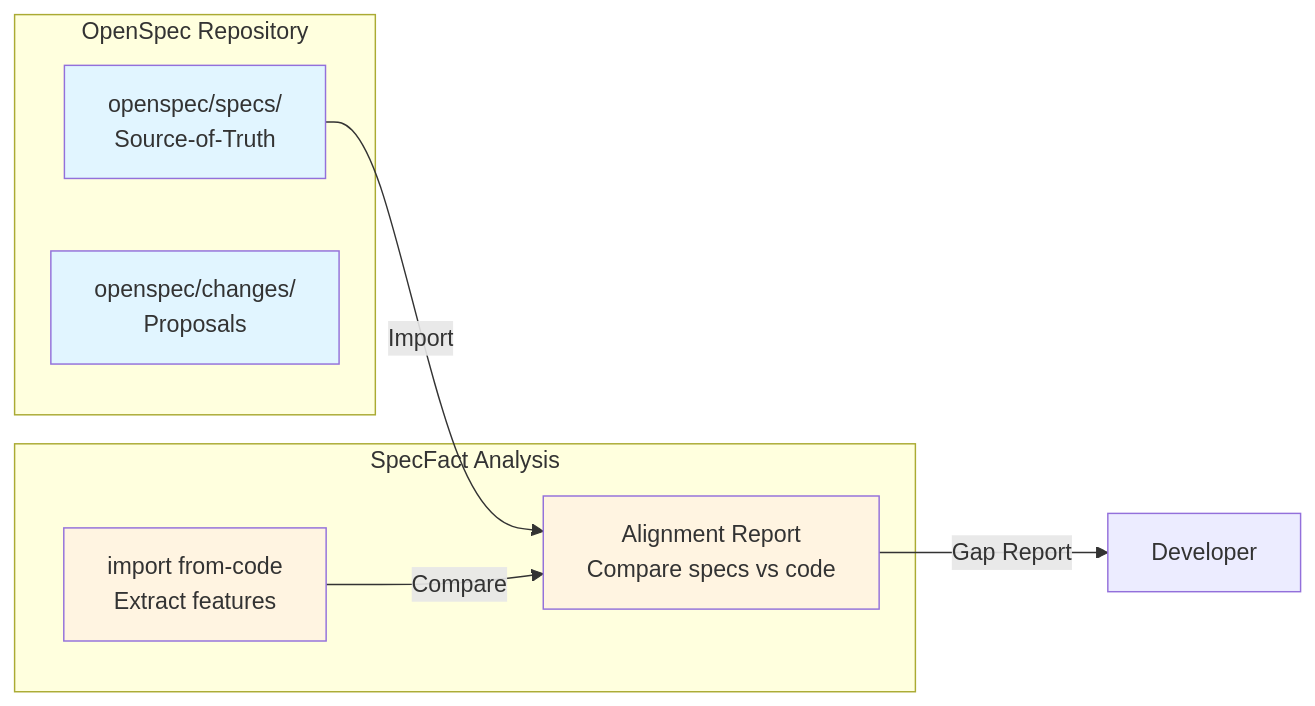
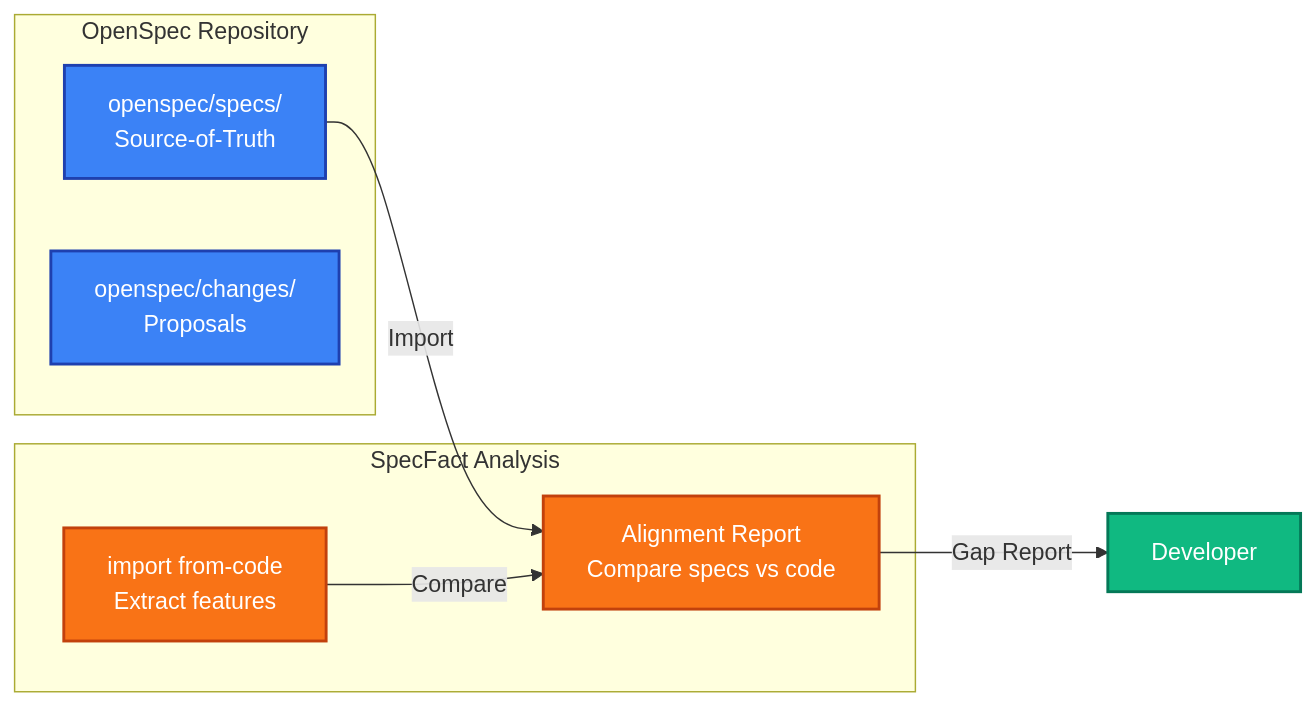
The third of 5 diagrams in docs/guides/openspec-journey.md (nold-ai/specfact-cli), drawn with Mermaid before and after one commit. The commit also changed other lines of this file and 1 other file, not shown here.

First line of the commit message:
docs: improve Mermaid diagram colors for better contrast

````diff
--- a/docs/guides/openspec-journey.md
+++ b/docs/guides/openspec-journey.md
@@ -213,21 +213,22 @@
 ```mermaid
 graph LR
     subgraph "OpenSpec Repository"
         OS1[openspec/specs/<br/>Source-of-Truth]
         OS2[openspec/changes/<br/>Proposals]
     end
     
     subgraph "SpecFact Analysis"
         SF1[import from-code<br/>Extract features]
         SF2[Alignment Report<br/>Compare specs vs code]
     end
     
     OS1 -->|Import| SF2
     SF1 -->|Compare| SF2
     SF2 -->|Gap Report| Dev[Developer]
     
-    style OS1 fill:#e1f5ff
-    style OS2 fill:#e1f5ff
-    style SF1 fill:#fff4e1
-    style SF2 fill:#fff4e1
+    style OS1 fill:#3b82f6,stroke:#1e40af,stroke-width:2px,color:#fff
+    style OS2 fill:#3b82f6,stroke:#1e40af,stroke-width:2px,color:#fff
+    style SF1 fill:#f97316,stroke:#c2410c,stroke-width:2px,color:#fff
+    style SF2 fill:#f97316,stroke:#c2410c,stroke-width:2px,color:#fff
+    style Dev fill:#10b981,stroke:#047857,stroke-width:2px,color:#fff
 ```
````
